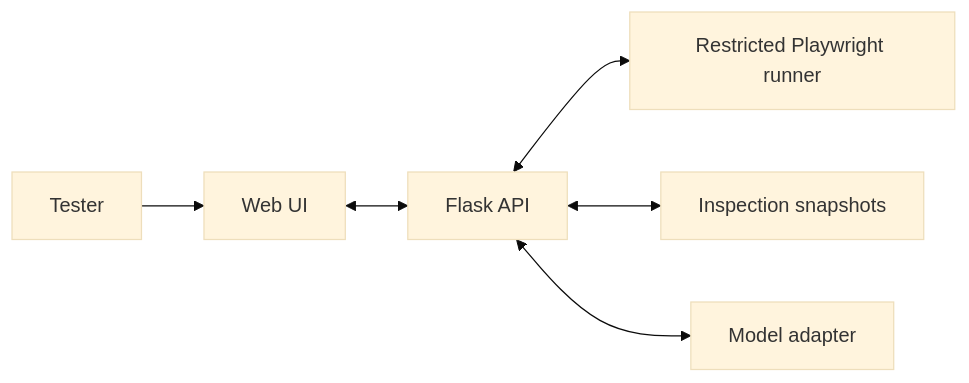
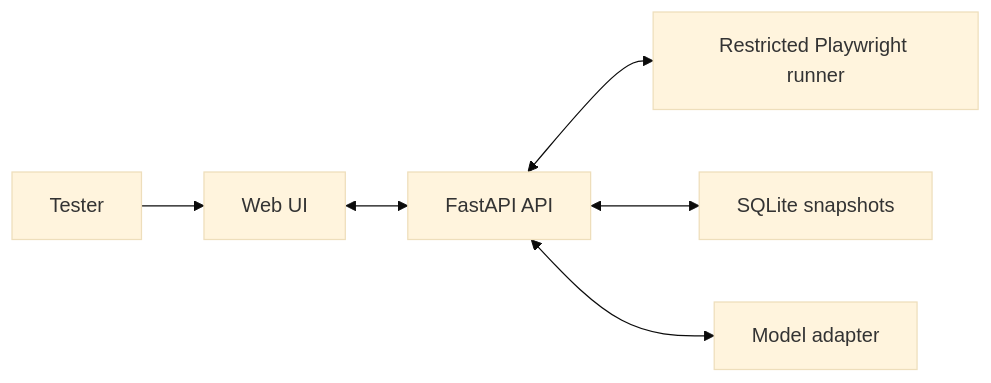
Before and after one commit to karimwael45/Genrative-AI-for-Software-Testing: the diagram in docs/design.md, drawn with Mermaid (base theme). The commit also changed other lines of this file and 32 other files, not shown here.

Commit message:
Refactor project to use FastAPI, restructure API endpoints, and update documentation

````diff
--- a/docs/design.md
+++ b/docs/design.md
@@ -3,8 +3,8 @@
 ```mermaid
 flowchart LR
   Tester --> UI["Web UI"]
-  UI <--> API["Flask API"]
+  UI <--> API["FastAPI API"]
   API <--> Runner["Restricted Playwright runner"]
-  API <--> Store["Inspection snapshots"]
+  API <--> Store["SQLite snapshots"]
   API <--> Model["Model adapter"]
 ```
````
